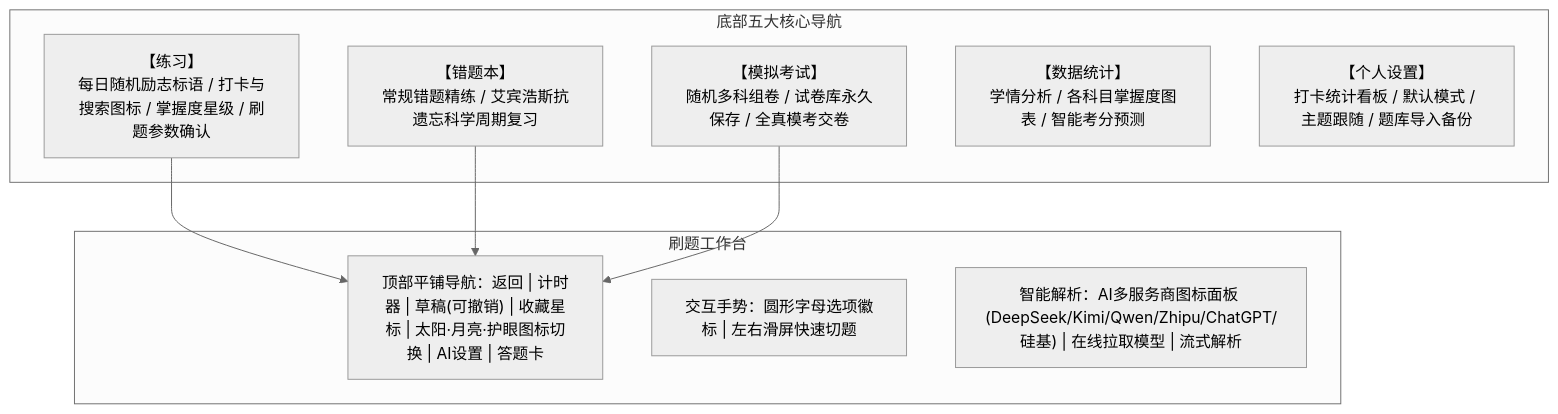
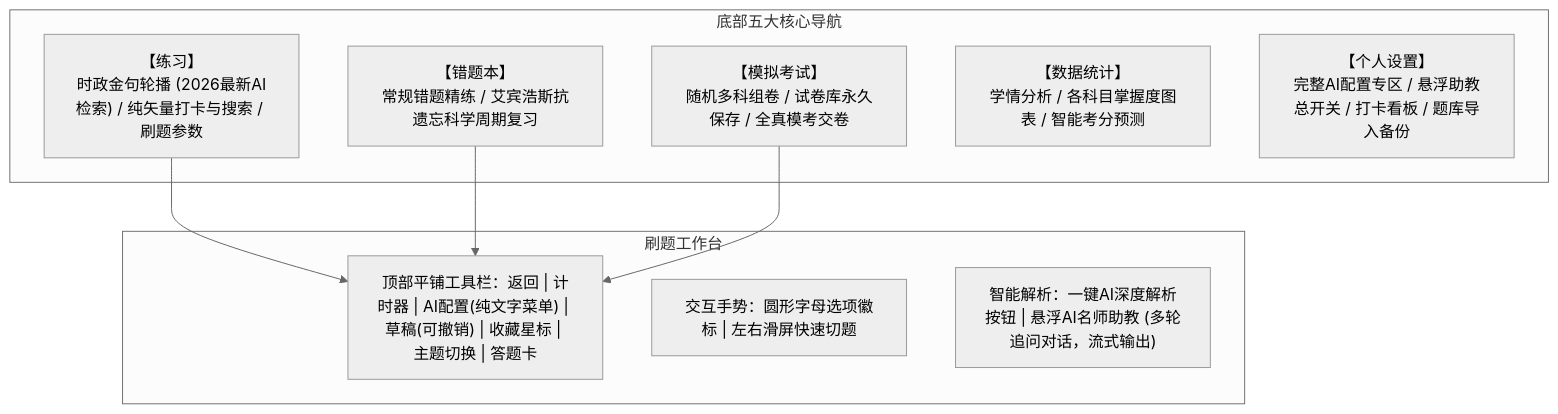
Before and after one commit to Simple53/jsgsMock: the diagram in plan.md, drawn with Mermaid (neutral theme). The commit also changed other lines of this file and 2 other files, not shown here.

````diff
--- a/plan.md
+++ b/plan.md
@@ -9,20 +9,20 @@
 ```mermaid
 flowchart TD
     subgraph 底部五大核心导航
-        T1["【练习】<br>每日随机励志标语 / 打卡与搜索图标 / 掌握度星级 / 刷题参数确认"]
+        T1["【练习】<br>时政金句轮播 (2026最新AI检索) / 纯矢量打卡与搜索 / 刷题参数"]
         T2["【错题本】<br>常规错题精练 / 艾宾浩斯抗遗忘科学周期复习"]
         T3["【模拟考试】<br>随机多科组卷 / 试卷库永久保存 / 全真模考交卷"]
         T4["【数据统计】<br>学情分析 / 各科目掌握度图表 / 智能考分预测"]
-        T5["【个人设置】<br>打卡统计看板 / 默认模式 / 主题跟随 / 题库导入备份"]
+        T5["【个人设置】<br>完整AI配置专区 / 悬浮助教总开关 / 打卡看板 / 题库导入备份"]
     end
 
     subgraph 刷题工作台
-        Q1["顶部平铺导航：返回 | 计时器 | 草稿(可撤销) | 收藏星标 | 太阳·月亮·护眼图标切换 | AI设置 | 答题卡"]
+        Q1["顶部平铺工具栏：返回 | 计时器 | AI配置(纯文字菜单) | 草稿(可撤销) | 收藏星标 | 主题切换 | 答题卡"]
         Q2["交互手势：圆形字母选项徽标 | 左右滑屏快速切题"]
-        Q3["智能解析：AI多服务商图标面板 (DeepSeek/Kimi/Qwen/Zhipu/ChatGPT/硅基) | 在线拉取模型 | 流式解析"]
+        Q3["智能解析：一键AI深度解析按钮 | 悬浮AI名师助教 (多轮追问对话，流式输出)"]
     end
 
     T1 --> Q1
     T2 --> Q1
     T3 --> Q1
 ```
````
